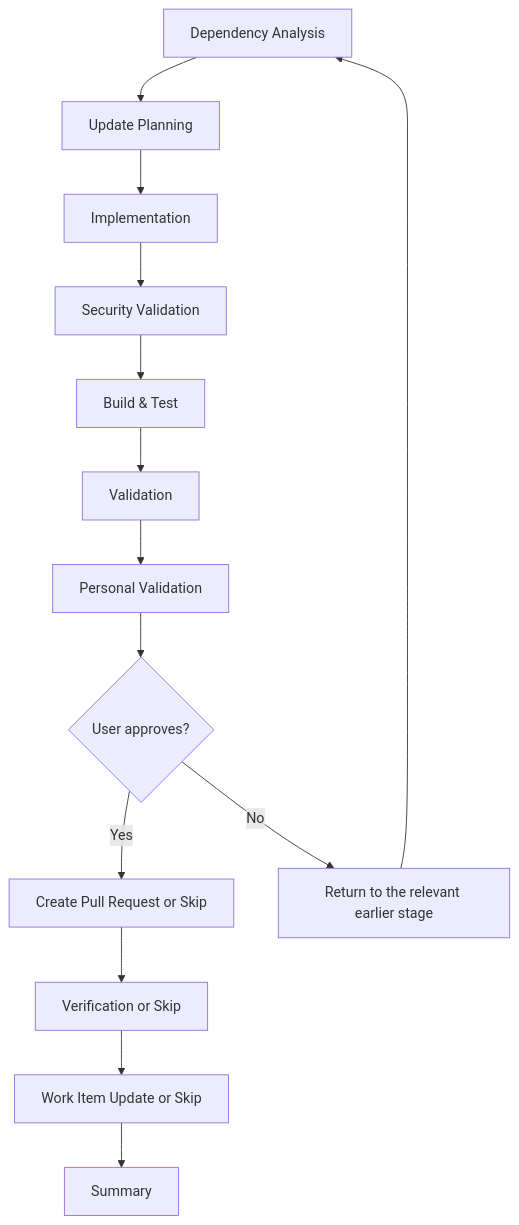
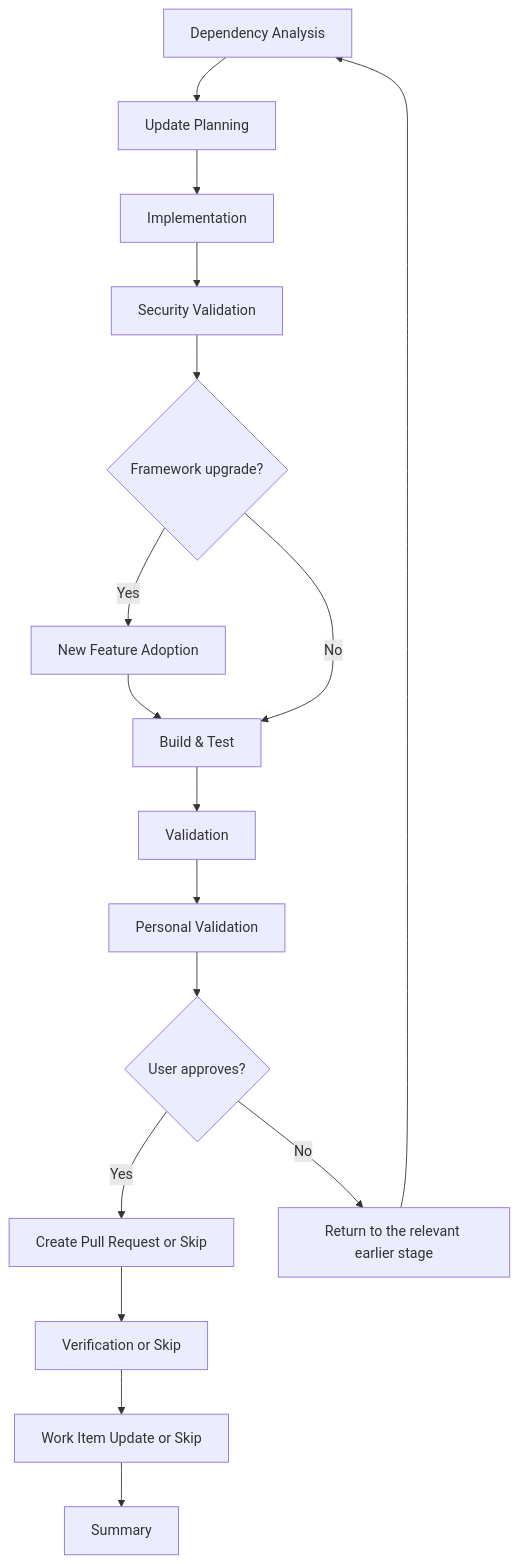
One commit to JSdotNet/devbook changed the third of 5 diagrams in plugins/delivery/FLOW-DIAGRAMS.md. Above: the diagram before and after it, drawn with Mermaid. The commit also changed other lines of this file and 17 other files, not shown here.

First line of the commit message:
Fold flow-aspire-update into flow-update-packages

````diff
--- a/plugins/delivery/FLOW-DIAGRAMS.md
+++ b/plugins/delivery/FLOW-DIAGRAMS.md
@@ -85,16 +85,19 @@
 ```mermaid
 flowchart TD
     A["Dependency Analysis"] --> B["Update Planning"]
     B --> C["Implementation"]
     C --> D["Security Validation"]
-    D --> E["Build & Test"]
+    D --> N{Framework upgrade?}
+    N -->|Yes| NF["New Feature Adoption"]
+    NF --> E["Build & Test"]
+    N -->|No| E
     E --> F["Validation"]
     F --> G["Personal Validation"]
     G --> H{User approves?}
     H -->|Yes| I["Create Pull Request or Skip"]
     H -->|No| J["Return to the relevant earlier stage"]
     J --> A
     I --> DU["Verification or Skip"]
     DU --> U["Work Item Update or Skip"]
     U --> K["Summary"]
 ```
````
